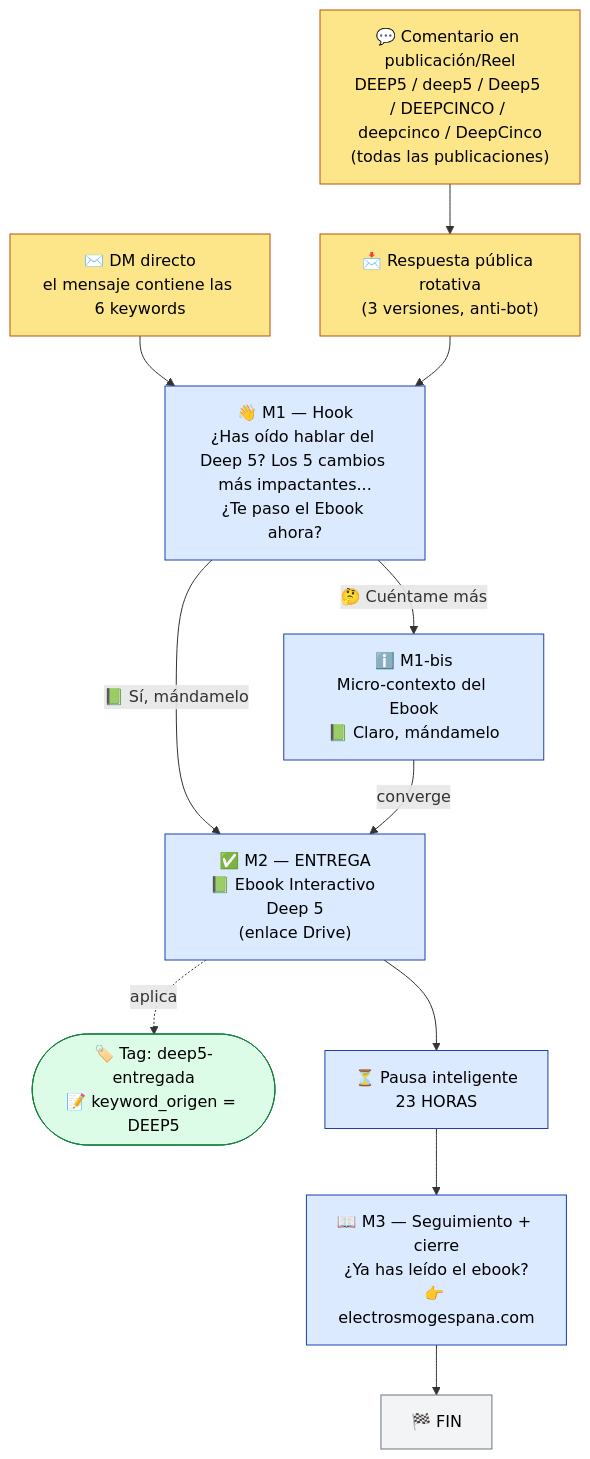
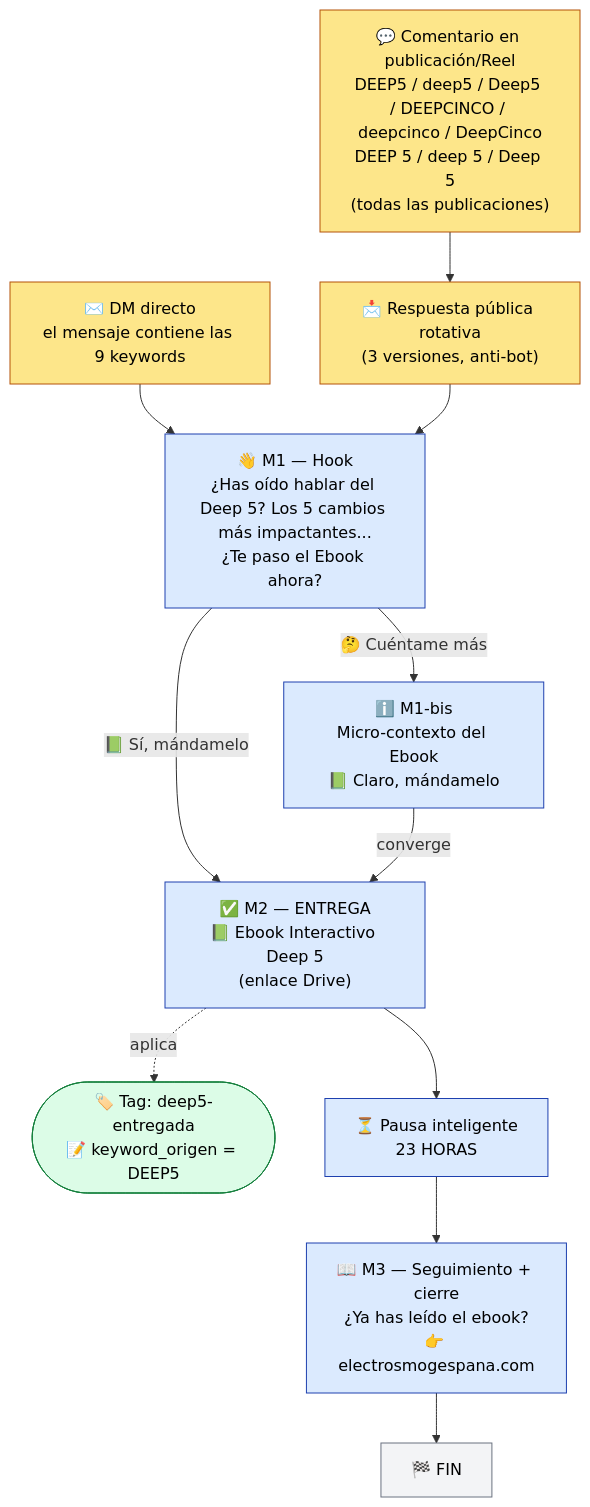
The diagram in flujos-manychat/diagrama-flujo-deep5.mmd (javierekiosalud/Ekio-Claude), drawn with Mermaid before and after one commit. The commit also changed 2 other files, not shown here.

Commit message:
Update: añadir variantes con espacio (DEEP 5/deep 5/Deep 5) a triggers DEEP5
Ambos triggers del flujo DEEP5 actualizados: Comment-to-DM y DM keyword
pasan de 6 a 9 keywords, añadiendo DEEP 5, deep 5 y Deep 5 (con espacio)
para cubrir a usuarios que escriben la palabra y el número separados.

Documentación actualizada (flujo, config técnica y diagrama Mermaid).

```diff
--- a/flujos-manychat/diagrama-flujo-deep5.mmd
+++ b/flujos-manychat/diagrama-flujo-deep5.mmd
@@ -1,32 +1,32 @@
 %% DIAGRAMA FLUJO MANYCHAT "DEEP5 — Ebook Interactivo Deep 5" — EKIO (PUBLICADO/LIVE)
 %% Entregable 3 de 3 · Renderizar en cualquier visor Mermaid (flowchart TD)
 
 flowchart TD
     %% ── TRIGGERS ──
-    T1["💬 Comentario en publicación/Reel<br/>DEEP5 / deep5 / Deep5 / DEEPCINCO / deepcinco / DeepCinco<br/>(todas las publicaciones)"] --> B["📩 Respuesta pública rotativa<br/>(3 versiones, anti-bot)"]
-    T2["✉️ DM directo<br/>el mensaje contiene las 6 keywords"] --> C
+    T1["💬 Comentario en publicación/Reel<br/>DEEP5 / deep5 / Deep5 / DEEPCINCO / deepcinco / DeepCinco<br/>DEEP 5 / deep 5 / Deep 5<br/>(todas las publicaciones)"] --> B["📩 Respuesta pública rotativa<br/>(3 versiones, anti-bot)"]
+    T2["✉️ DM directo<br/>el mensaje contiene las 9 keywords"] --> C
     B --> C["👋 M1 — Hook<br/>¿Has oído hablar del Deep 5? Los 5 cambios más impactantes...<br/>¿Te paso el Ebook ahora?"]
 
     %% ── CONFIRMACIÓN / RAMA ──
     C -->|📗 Sí, mándamelo| E
     C -->|🤔 Cuéntame más| D["ℹ️ M1-bis<br/>Micro-contexto del Ebook<br/>📗 Claro, mándamelo"]
     D -->|converge| E
 
     %% ── ENTREGA ──
     E["✅ M2 — ENTREGA<br/>📗 Ebook Interactivo Deep 5<br/>(enlace Drive)"]
     E -.->|aplica| S1(["🏷️ Tag: deep5-entregada<br/>📝 keyword_origen = DEEP5"])
 
     %% ── DELAY + CIERRE ──
     E --> W["⏳ Pausa inteligente<br/>23 HORAS"]
     W --> F["📖 M3 — Seguimiento + cierre<br/>¿Ya has leído el ebook?<br/>👉 electrosmogespana.com"]
     F --> Z["🏁 FIN"]
 
     %% ── ESTILOS ──
     classDef trigger fill:#fde68a,stroke:#b45309,color:#000;
     classDef msg fill:#dbeafe,stroke:#1e40af,color:#000;
     classDef integ fill:#dcfce7,stroke:#15803d,color:#000;
     classDef close fill:#f3f4f6,stroke:#6b7280,color:#000;
     class T1,T2,B trigger;
     class C,D,E,F,W msg;
     class S1 integ;
     class Z close;
```
